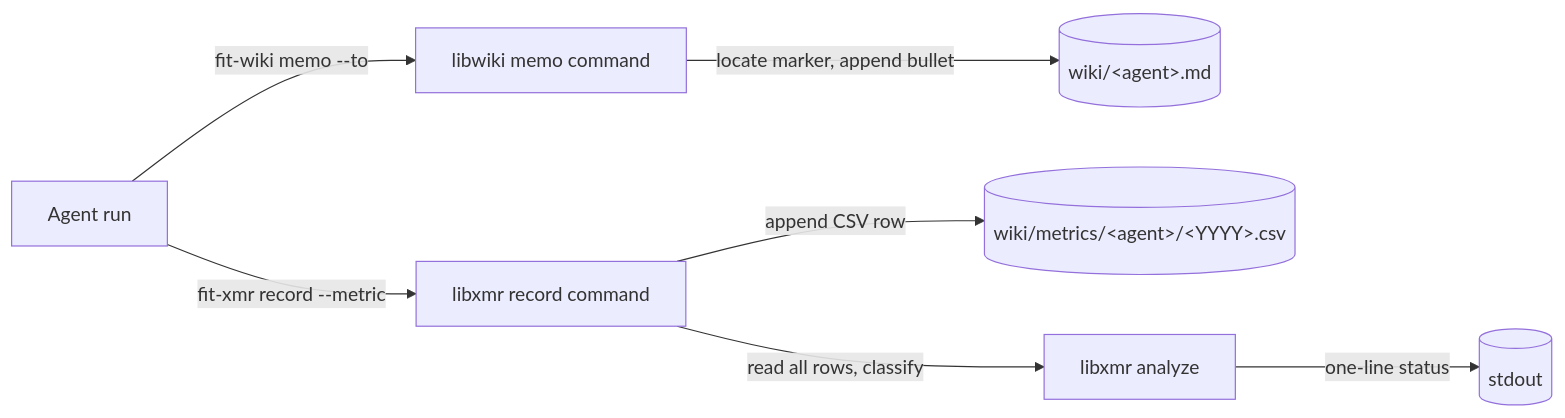
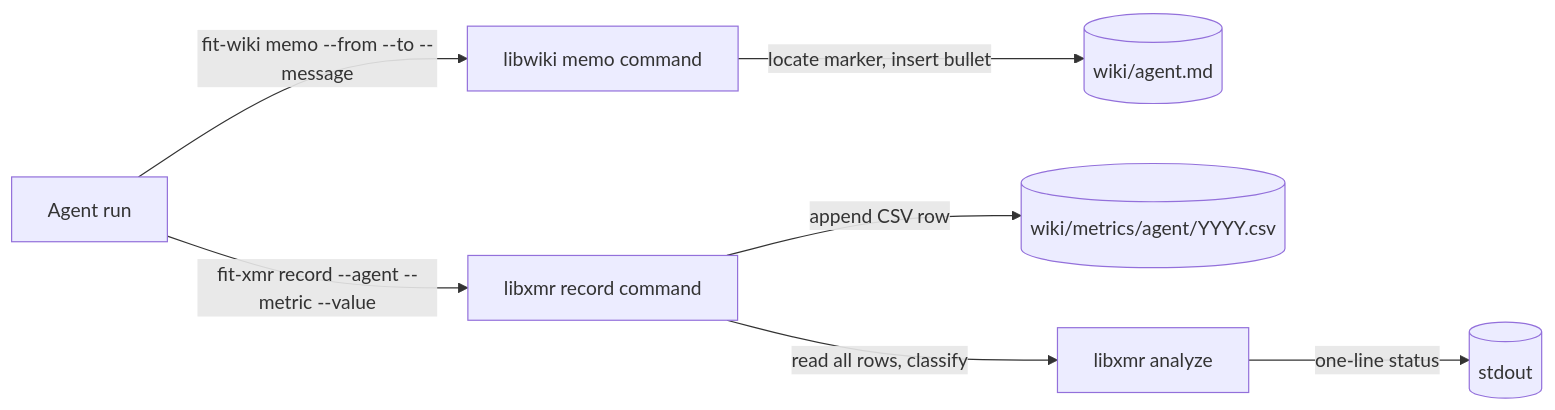
Before and after one commit to forwardimpact/pathway: the first of 3 diagrams in specs/770-agent-tooling-memo-metric/design-a.md, drawn with Mermaid. The commit also changed other lines of this file, not shown here.

````diff
--- a/specs/770-agent-tooling-memo-metric/design-a.md
+++ b/specs/770-agent-tooling-memo-metric/design-a.md
@@ -10,9 +10,9 @@
 ```mermaid
 graph LR
-  Agent[Agent run] -->|"fit-wiki memo --to <agent>"| Memo[libwiki memo command]
-  Agent -->|"fit-xmr record --metric <name>"| Record[libxmr record command]
-  Memo -->|locate marker, append bullet| Summaries[(wiki/&lt;agent&gt;.md)]
-  Record -->|append CSV row| Csv[(wiki/metrics/&lt;agent&gt;/&lt;YYYY&gt;.csv)]
+  Agent[Agent run] -->|"fit-wiki memo --from --to --message"| Memo[libwiki memo command]
+  Agent -->|"fit-xmr record --agent --metric --value"| Record[libxmr record command]
+  Memo -->|locate marker, insert bullet| Summaries[(wiki/agent.md)]
+  Record -->|append CSV row| Csv[(wiki/metrics/agent/YYYY.csv)]
   Record -->|read all rows, classify| Analyze[libxmr analyze]
   Analyze -->|one-line status| Stdout[(stdout)]
 ```
````
